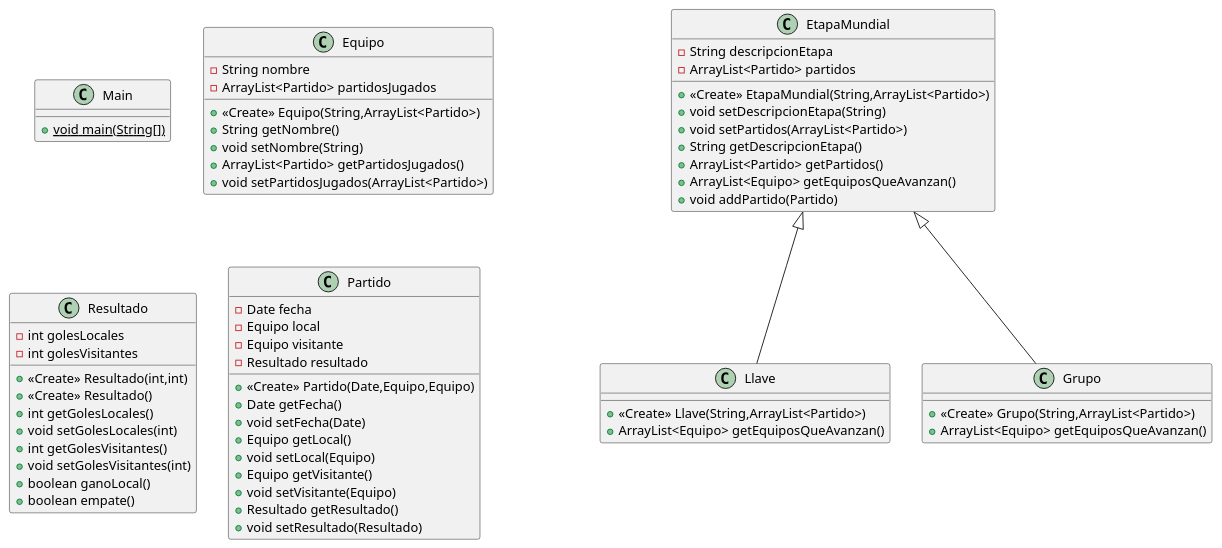
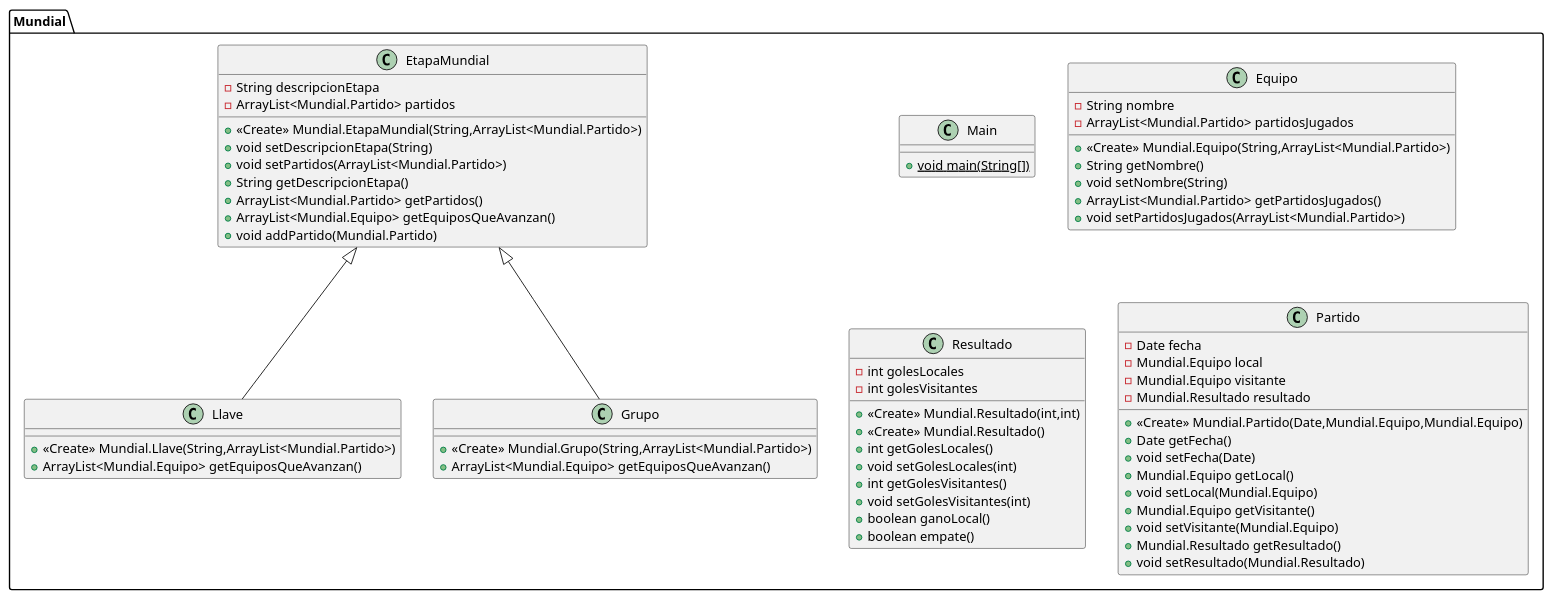
The diagram in Mundial.puml (GianniBaldizzone/TP_Integrador-de-la-materia), drawn with PlantUML before and after one commit. The commit also changed 10 other files, not shown here.

```diff
--- a/Mundial.puml
+++ b/Mundial.puml
@@ -1,64 +1,64 @@
 @startuml
-class Llave {
-+ <<Create>> Llave(String,ArrayList<Partido>)
-+ ArrayList<Equipo> getEquiposQueAvanzan()
+class Mundial.Llave {
++ <<Create>> Mundial.Llave(String,ArrayList<Mundial.Partido>)
++ ArrayList<Mundial.Equipo> getEquiposQueAvanzan()
 }
-class Main {
+class Mundial.Main {
 + {static} void main(String[])
 }
-class Equipo {
+class Mundial.Equipo {
 - String nombre
-- ArrayList<Partido> partidosJugados
-+ <<Create>> Equipo(String,ArrayList<Partido>)
+- ArrayList<Mundial.Partido> partidosJugados
++ <<Create>> Mundial.Equipo(String,ArrayList<Mundial.Partido>)
 + String getNombre()
 + void setNombre(String)
-+ ArrayList<Partido> getPartidosJugados()
-+ void setPartidosJugados(ArrayList<Partido>)
++ ArrayList<Mundial.Partido> getPartidosJugados()
++ void setPartidosJugados(ArrayList<Mundial.Partido>)
 }
-class Resultado {
+class Mundial.Resultado {
 - int golesLocales
 - int golesVisitantes
-+ <<Create>> Resultado(int,int)
-+ <<Create>> Resultado()
++ <<Create>> Mundial.Resultado(int,int)
++ <<Create>> Mundial.Resultado()
 + int getGolesLocales()
 + void setGolesLocales(int)
 + int getGolesVisitantes()
 + void setGolesVisitantes(int)
 + boolean ganoLocal()
 + boolean empate()
 }
-class Grupo {
-+ <<Create>> Grupo(String,ArrayList<Partido>)
-+ ArrayList<Equipo> getEquiposQueAvanzan()
+class Mundial.Grupo {
++ <<Create>> Mundial.Grupo(String,ArrayList<Mundial.Partido>)
++ ArrayList<Mundial.Equipo> getEquiposQueAvanzan()
 }
-class Partido {
+class Mundial.Partido {
 - Date fecha
-- Equipo local
-- Equipo visitante
-- Resultado resultado
-+ <<Create>> Partido(Date,Equipo,Equipo)
+- Mundial.Equipo local
+- Mundial.Equipo visitante
+- Mundial.Resultado resultado
++ <<Create>> Mundial.Partido(Date,Mundial.Equipo,Mundial.Equipo)
 + Date getFecha()
 + void setFecha(Date)
-+ Equipo getLocal()
-+ void setLocal(Equipo)
-+ Equipo getVisitante()
-+ void setVisitante(Equipo)
-+ Resultado getResultado()
-+ void setResultado(Resultado)
++ Mundial.Equipo getLocal()
++ void setLocal(Mundial.Equipo)
++ Mundial.Equipo getVisitante()
++ void setVisitante(Mundial.Equipo)
++ Mundial.Resultado getResultado()
++ void setResultado(Mundial.Resultado)
 }
-class EtapaMundial {
+class Mundial.EtapaMundial {
 - String descripcionEtapa
-- ArrayList<Partido> partidos
-+ <<Create>> EtapaMundial(String,ArrayList<Partido>)
+- ArrayList<Mundial.Partido> partidos
++ <<Create>> Mundial.EtapaMundial(String,ArrayList<Mundial.Partido>)
 + void setDescripcionEtapa(String)
-+ void setPartidos(ArrayList<Partido>)
++ void setPartidos(ArrayList<Mundial.Partido>)
 + String getDescripcionEtapa()
-+ ArrayList<Partido> getPartidos()
-+ ArrayList<Equipo> getEquiposQueAvanzan()
-+ void addPartido(Partido)
++ ArrayList<Mundial.Partido> getPartidos()
++ ArrayList<Mundial.Equipo> getEquiposQueAvanzan()
++ void addPartido(Mundial.Partido)
 }
 
 
-EtapaMundial <|-- Llave
-EtapaMundial <|-- Grupo
+Mundial.EtapaMundial <|-- Mundial.Llave
+Mundial.EtapaMundial <|-- Mundial.Grupo
 @enduml
```
